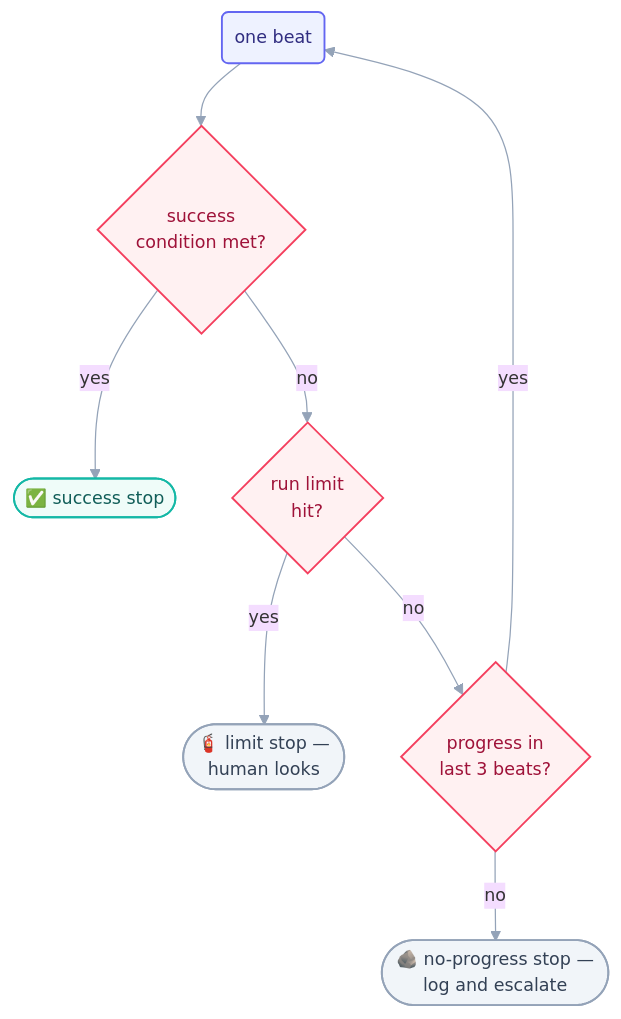
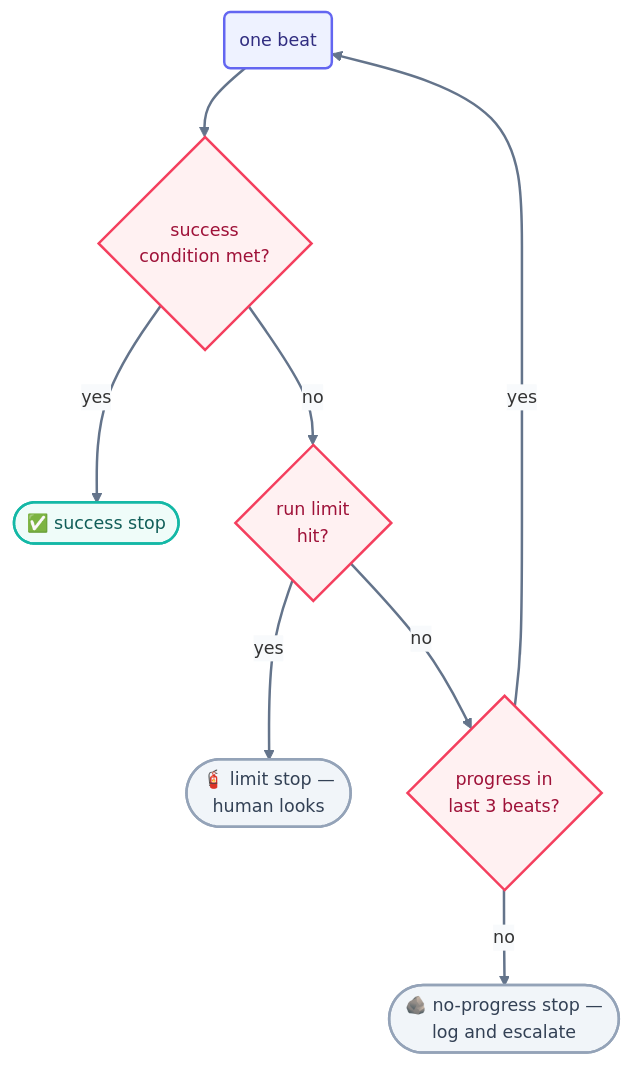
Before and after one commit to ayeshakhalid192007-dev/LoopEngineering-CrashCourse: the diagram in docs/04-part-2-heartbeat/05-conditional-run-until-done.md, drawn with Mermaid. The commit also changed 66 other files, not shown here.

First line of the commit message:
docs(diagrams): bolden and unify all 70 mermaid diagrams

````diff
--- a/docs/04-part-2-heartbeat/05-conditional-run-until-done.md
+++ b/docs/04-part-2-heartbeat/05-conditional-run-until-done.md
@@ -35,15 +35,16 @@
 ```mermaid
-%%{init: {'theme':'base','themeVariables':{'fontFamily':'ui-sans-serif, system-ui, sans-serif','fontSize':'14px','lineColor':'#94a3b8'},'flowchart':{'curve':'basis','nodeSpacing':45,'rankSpacing':50,'padding':10}}}%%
+%%{init: {'theme':'base','themeVariables':{'fontFamily':'ui-sans-serif, system-ui, sans-serif','fontSize':'14px','lineColor':'#64748b','edgeLabelBackground':'#f8fafc'},'flowchart':{'curve':'basis','nodeSpacing':45,'rankSpacing':55,'padding':12}}}%%
 flowchart TD
     B("one beat"):::beat --> S{"success<br/>condition met?"}:::limit
     S -->|yes| W(["✅ success stop"]):::win
     S -->|no| L{"run limit<br/>hit?"}:::limit
     L -->|yes| LS(["🧯 limit stop —<br/>human looks"]):::stop
     L -->|no| P{"progress in<br/>last 3 beats?"}:::limit
     P -->|no| PS(["🪨 no-progress stop —<br/>log and escalate"]):::stop
     P -->|yes| B
-    classDef beat fill:#eef2ff,stroke:#6366f1,stroke-width:1.5px,color:#312e81;
-    classDef limit fill:#fff1f2,stroke:#f43f5e,stroke-width:1.5px,color:#9f1239;
-    classDef win fill:#effcf9,stroke:#14b8a6,stroke-width:1.5px,color:#115e59;
-    classDef stop fill:#f1f5f9,stroke:#94a3b8,stroke-width:1.5px,color:#334155;
+    linkStyle default stroke:#64748b,stroke-width:2px;
+    classDef beat fill:#eef2ff,stroke:#6366f1,stroke-width:2px,color:#312e81;
+    classDef limit fill:#fff1f2,stroke:#f43f5e,stroke-width:2px,color:#9f1239;
+    classDef win fill:#effcf9,stroke:#14b8a6,stroke-width:2px,color:#115e59;
+    classDef stop fill:#f1f5f9,stroke:#94a3b8,stroke-width:2px,color:#334155;
 ```
````
